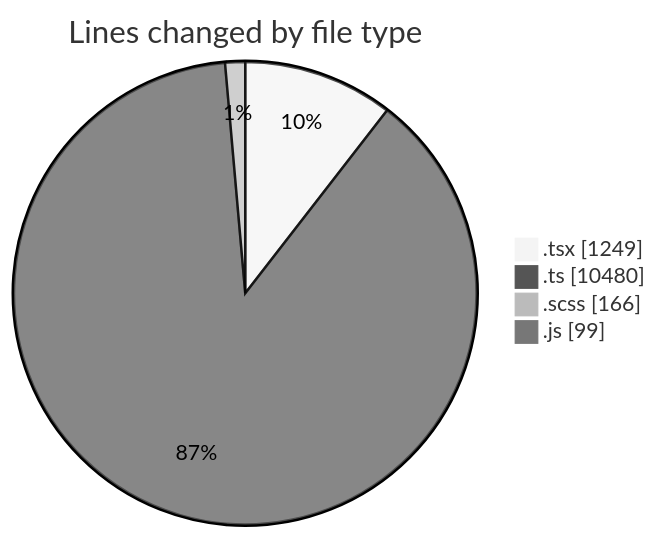
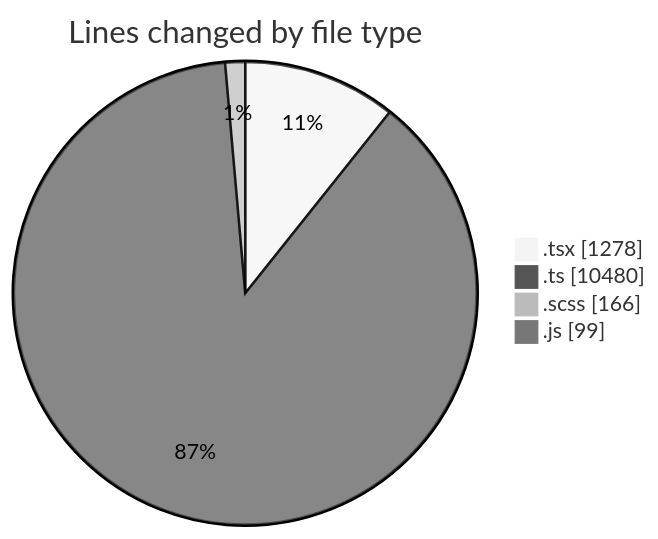
Before and after one commit to momahboobian/code-tracking: the first of 2 diagrams in 2025-03-26/cda/README.md, drawn with Mermaid (neutral theme). The commit also changed other lines of this file and 1 other file, not shown here.

````diff
--- a/2025-03-26/cda/README.md
+++ b/2025-03-26/cda/README.md
@@ -43,8 +43,8 @@
 ```mermaid
 pie showData
 title Lines changed by file type
-".tsx" : 1249
+".tsx" : 1278
 ".ts" : 10480
 ".scss" : 166
 ".js" : 99
 ```
````
